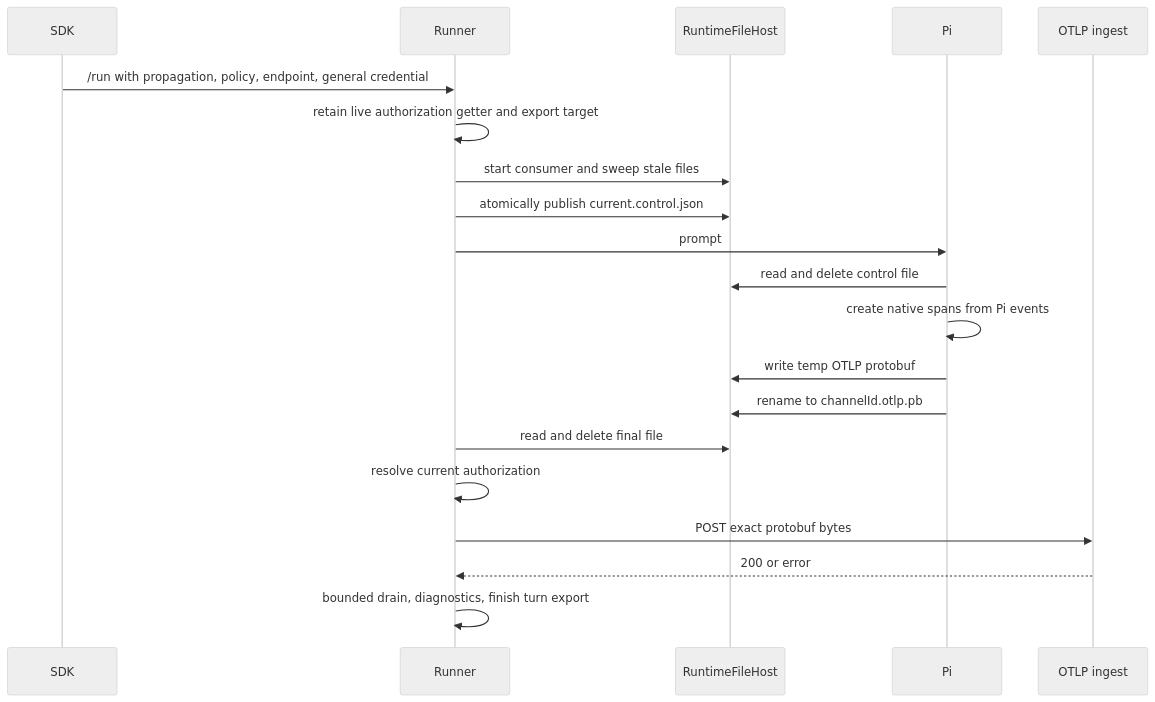
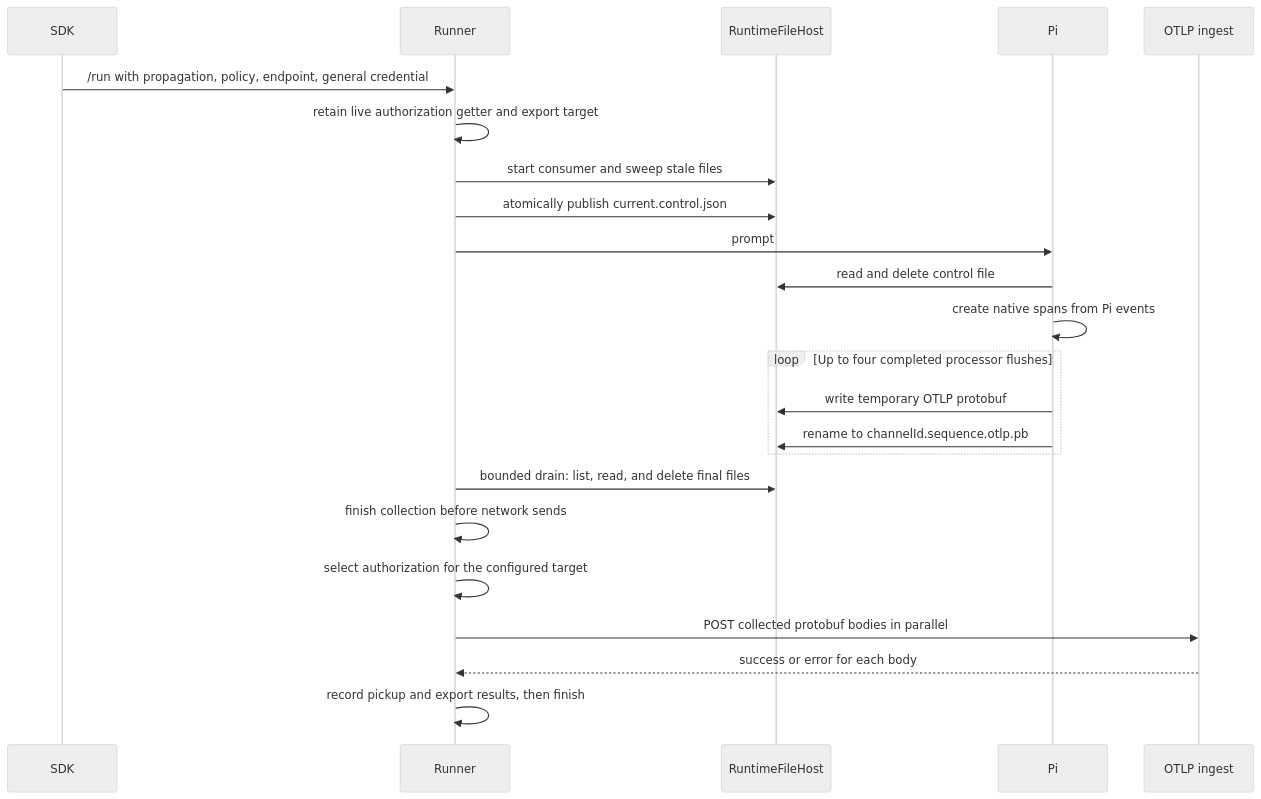
Before and after one commit to Agenta-AI/agenta: the diagram in docs/design/runner-owned-pi-trace-export/architecture.md, drawn with Mermaid (neutral theme). The commit also changed other lines of this file and 5 other files, not shown here.

````diff
--- a/docs/design/runner-owned-pi-trace-export/architecture.md
+++ b/docs/design/runner-owned-pi-trace-export/architecture.md
@@ -151,23 +156,26 @@
 ```mermaid
 sequenceDiagram
     participant SDK
     participant Runner
     participant Host as RuntimeFileHost
     participant Pi
     participant API as OTLP ingest
 
     SDK->>Runner: /run with propagation, policy, endpoint, general credential
     Runner->>Runner: retain live authorization getter and export target
     Runner->>Host: start consumer and sweep stale files
     Runner->>Host: atomically publish current.control.json
     Runner->>Pi: prompt
     Pi->>Host: read and delete control file
     Pi->>Pi: create native spans from Pi events
-    Pi->>Host: write temp OTLP protobuf
-    Pi->>Host: rename to channelId.otlp.pb
-    Runner->>Host: read and delete final file
-    Runner->>Runner: resolve current authorization
-    Runner->>API: POST exact protobuf bytes
-    API-->>Runner: 200 or error
-    Runner->>Runner: bounded drain, diagnostics, finish turn export
+    loop Up to four completed processor flushes
+        Pi->>Host: write temporary OTLP protobuf
+        Pi->>Host: rename to channelId.sequence.otlp.pb
+    end
+    Runner->>Host: bounded drain: list, read, and delete final files
+    Runner->>Runner: finish collection before network sends
+    Runner->>Runner: select authorization for the configured target
+    Runner->>API: POST collected protobuf bodies in parallel
+    API-->>Runner: success or error for each body
+    Runner->>Runner: record pickup and export results, then finish
 ```
````
